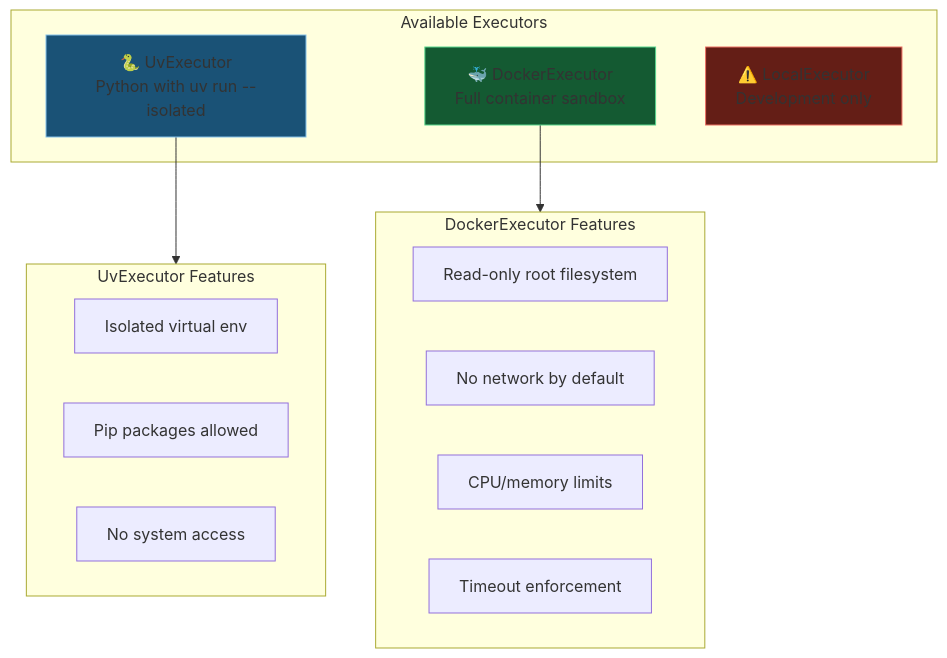
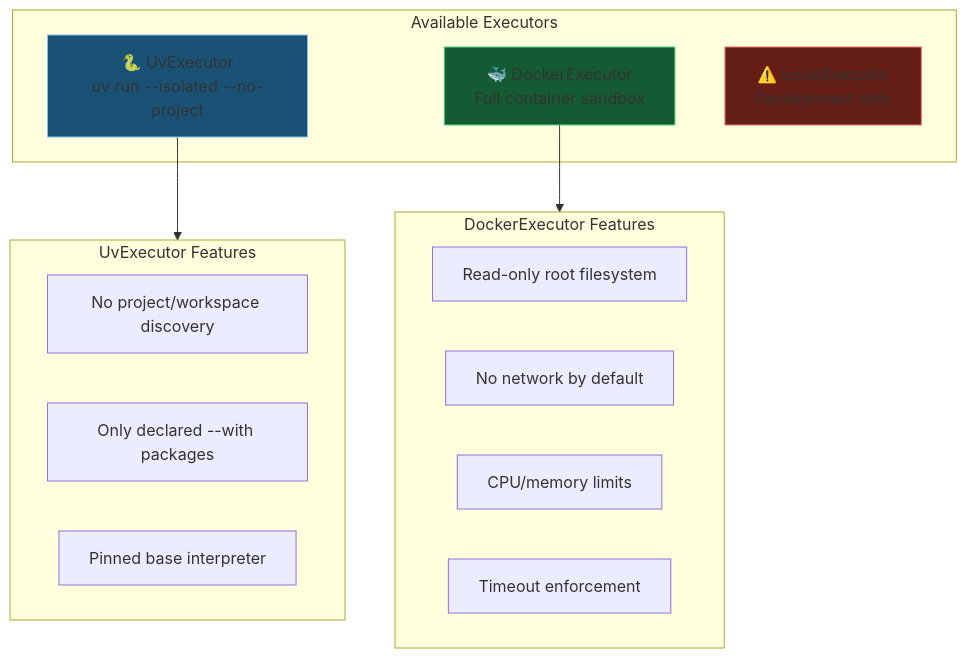
One commit to KestrelSovereignAI/kestrel-sovereign changed the eighth of 11 diagrams in docs/diagrams/10-compute-execution.md. Above: the diagram before and after it, drawn with Mermaid. The commit also changed 14 other files, not shown here.

Commit message:
fix: UvExecutor now uses `uv run --no-project --python <base-executable>`, preventing workspace and ancestor-venv reuse while preserving explicit `--with` dependencies and policy controls. (#2497)

````diff
--- a/docs/diagrams/10-compute-execution.md
+++ b/docs/diagrams/10-compute-execution.md
@@ -215,28 +215,28 @@
 ```mermaid
 graph TD
     subgraph executors["Available Executors"]
-        UV["🐍 UvExecutor<br/>Python with uv run --isolated"]
+        UV["🐍 UvExecutor<br/>uv run --isolated --no-project"]
         DOCKER["🐳 DockerExecutor<br/>Full container sandbox"]
         LOCAL["⚠️ LocalExecutor<br/>Development only"]
     end
 
     subgraph uv["UvExecutor Features"]
-        UV1["Isolated virtual env"]
-        UV2["Pip packages allowed"]
-        UV3["No system access"]
+        UV1["No project/workspace discovery"]
+        UV2["Only declared --with packages"]
+        UV3["Pinned base interpreter"]
     end
 
     subgraph docker["DockerExecutor Features"]
         D1["Read-only root filesystem"]
         D2["No network by default"]
         D3["CPU/memory limits"]
         D4["Timeout enforcement"]
     end
 
     UV --> uv
     DOCKER --> docker
 
     style UV fill:#1a5276,stroke:#85c1e9
     style DOCKER fill:#145a32,stroke:#58d68d
     style LOCAL fill:#641e16,stroke:#ec7063
 ```
````
